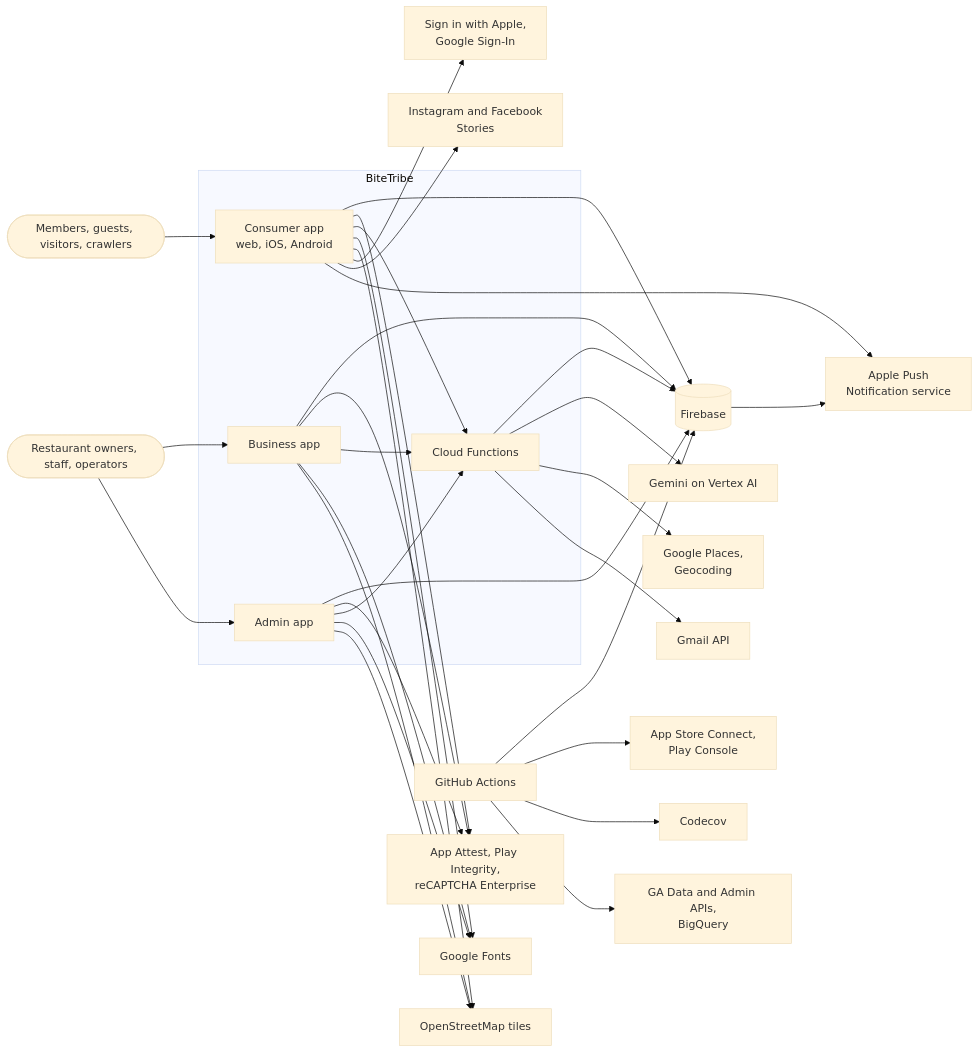
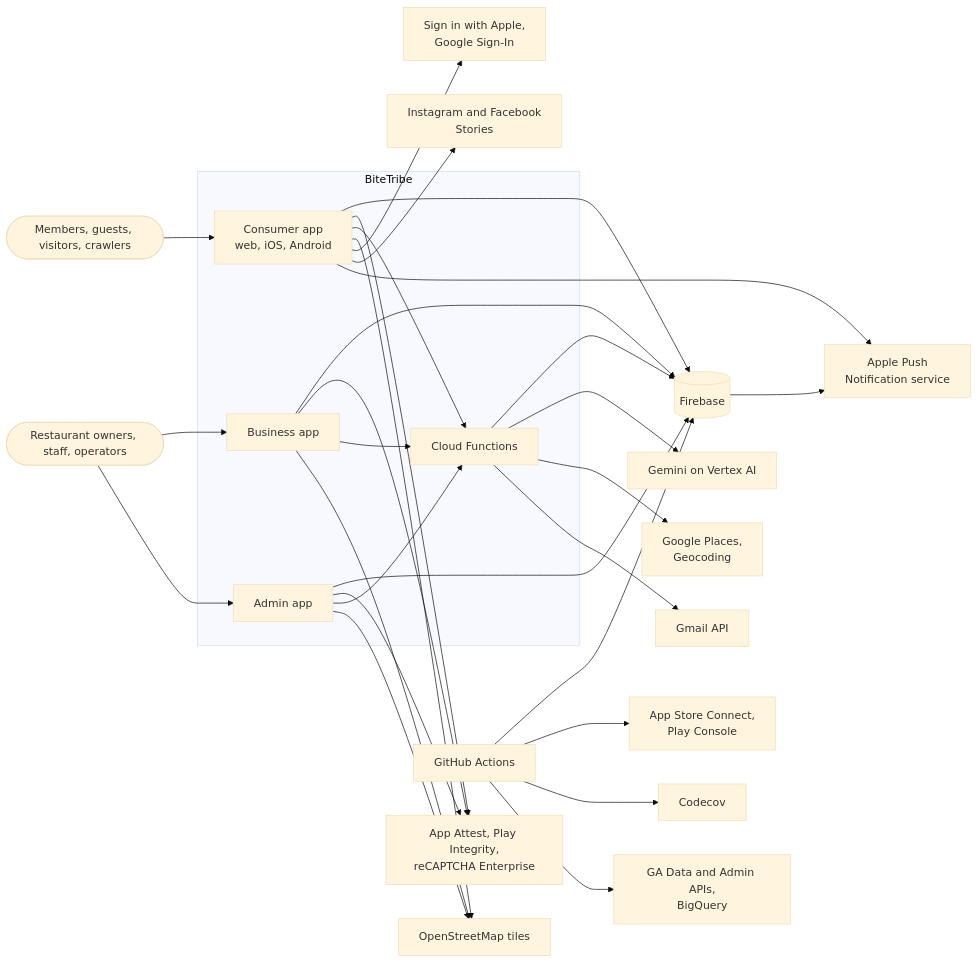
One commit to muhammedgaygisiz/travellers-apps changed the diagram in ssot/architecture/context.md. Above: the diagram before and after it, drawn with Mermaid (base theme). The commit also changed other lines of this file and 17 other files, not shown here.

````diff
--- a/ssot/architecture/context.md
+++ b/ssot/architecture/context.md
@@ -98,48 +92,46 @@
 ```mermaid
 flowchart LR
   users(["Members, guests, visitors, crawlers"])
   operators(["Restaurant owners, staff, operators"])
 
   subgraph bitetribe["BiteTribe"]
     consumer["Consumer app<br/>web, iOS, Android"]
     business["Business app"]
     admin["Admin app"]
     functions["Cloud Functions"]
   end
 
   firebase[("Firebase")]
   attest["App Attest, Play Integrity,<br/>reCAPTCHA Enterprise"]
   apns["Apple Push<br/>Notification service"]
   idp["Sign in with Apple,<br/>Google Sign-In"]
   meta["Instagram and Facebook<br/>Stories"]
   vertex["Gemini on Vertex AI"]
   maps["Google Places,<br/>Geocoding"]
   gmail["Gmail API"]
   osm["OpenStreetMap tiles"]
-  fonts["Google Fonts"]
   stores["App Store Connect,<br/>Play Console"]
   ci["GitHub Actions"]
   codecov["Codecov"]
   ga["GA Data and Admin APIs,<br/>BigQuery"]
 
   users --> consumer
   operators --> business
   operators --> admin
   consumer & business & admin --> firebase
   consumer & business & admin --> attest
   consumer & business & admin --> functions
-  consumer & business & admin --> fonts
   consumer & business & admin --> osm
   consumer --> idp
   consumer --> meta
   consumer --> apns
   firebase --> apns
   functions --> firebase
   functions --> vertex
   functions --> maps
   functions --> gmail
   ci --> firebase
   ci --> stores
   ci --> codecov
   ci --> ga
 ```
````
